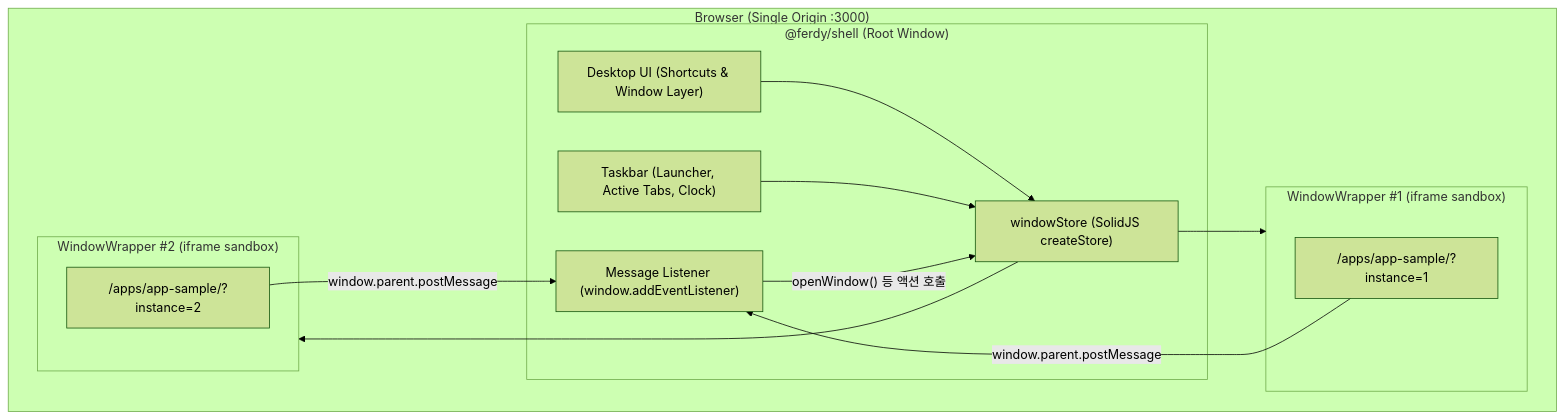
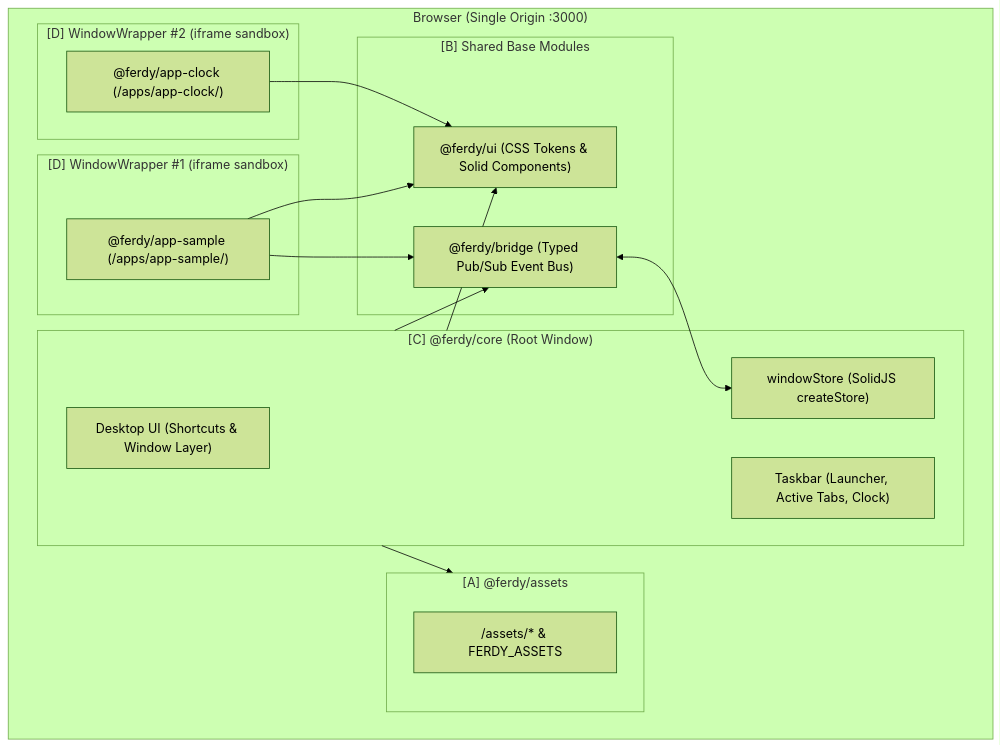
Before and after one commit to nicepig7/ferdyPlatter: the diagram in docs/architecture.md, drawn with Mermaid (forest theme). The commit also changed other lines of this file and 77 other files, not shown here.

Commit message:
feat: restructure monorepo to A-B-C-D-E layers with @ferdy/ui and @ferdy/bridge (v0.1.2)

````diff
--- a/docs/architecture.md
+++ b/docs/architecture.md
@@ -12,27 +19,35 @@
 ```mermaid
 flowchart TB
     subgraph Browser["Browser (Single Origin :3000)"]
-        subgraph Shell["@ferdy/shell (Root Window)"]
+        subgraph Core["[C] @ferdy/core (Root Window)"]
             Desktop["Desktop UI (Shortcuts & Window Layer)"]
             Taskbar["Taskbar (Launcher, Active Tabs, Clock)"]
             Store["windowStore (SolidJS createStore)"]
-            Bridge["Message Listener (window.addEventListener)"]
         end
 
-        subgraph Window1["WindowWrapper #1 (iframe sandbox)"]
-            App1["/apps/app-sample/?instance=1"]
+        subgraph Base["[B] Shared Base Modules"]
+            UI["@ferdy/ui (CSS Tokens & Solid Components)"]
+            Bridge["@ferdy/bridge (Typed Pub/Sub Event Bus)"]
         end
 
-        subgraph Window2["WindowWrapper #2 (iframe sandbox)"]
-            App2["/apps/app-sample/?instance=2"]
+        subgraph Assets["[A] @ferdy/assets"]
+            Static["/assets/* & FERDY_ASSETS"]
+        end
+
+        subgraph Window1["[D] WindowWrapper #1 (iframe sandbox)"]
+            App1["@ferdy/app-sample (/apps/app-sample/)"]
+        end
+
+        subgraph Window2["[D] WindowWrapper #2 (iframe sandbox)"]
+            App2["@ferdy/app-clock (/apps/app-clock/)"]
         end
     end
 
-    Desktop --> Store
-    Taskbar --> Store
-    Store --> Window1
-    Store --> Window2
-    App1 -- "window.parent.postMessage" --> Bridge
-    App2 -- "window.parent.postMessage" --> Bridge
-    Bridge -- "openWindow() 등 액션 호출" --> Store
+    Core --> UI
+    Core --> Bridge
+    Core --> Assets
+    App1 --> UI
+    App1 --> Bridge
+    App2 --> UI
+    Bridge <--> Store
 ```
````
